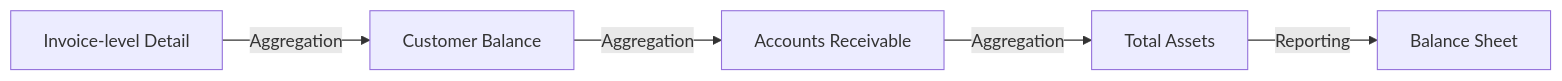
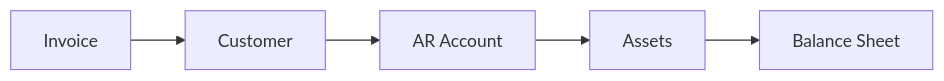
The third of 3 diagrams in theory/08-aggregation.md (niikei/accounting-state-model), drawn with Mermaid before and after one commit. The commit also changed other lines of this file and 8 other files, not shown here.

````diff
--- a/theory/08-aggregation.md
+++ b/theory/08-aggregation.md
@@ -1340,17 +844,13 @@
 ```mermaid
 flowchart LR
-    INVOICE["Invoice-level Detail"]
+    INVOICE["Invoice"]
+    CUSTOMER["Customer"]
+    ACCOUNT["AR Account"]
+    ELEMENT["Assets"]
+    REPORT["Balance Sheet"]
 
-    CUSTOMER["Customer Balance"]
-
-    ACCOUNT["Accounts Receivable"]
-
-    ELEMENT["Total Assets"]
-
-    BS["Balance Sheet"]
-
-    INVOICE -->|"Aggregation"| CUSTOMER
-    CUSTOMER -->|"Aggregation"| ACCOUNT
-    ACCOUNT -->|"Aggregation"| ELEMENT
-    ELEMENT -->|"Reporting"| BS
+    INVOICE --> CUSTOMER
+    CUSTOMER --> ACCOUNT
+    ACCOUNT --> ELEMENT
+    ELEMENT --> REPORT
 ```
````
